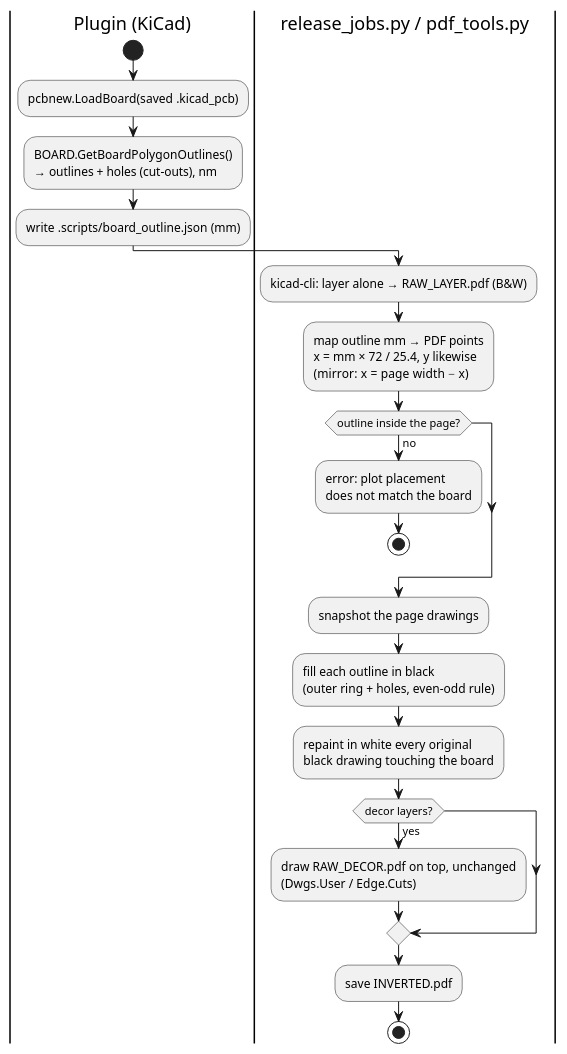
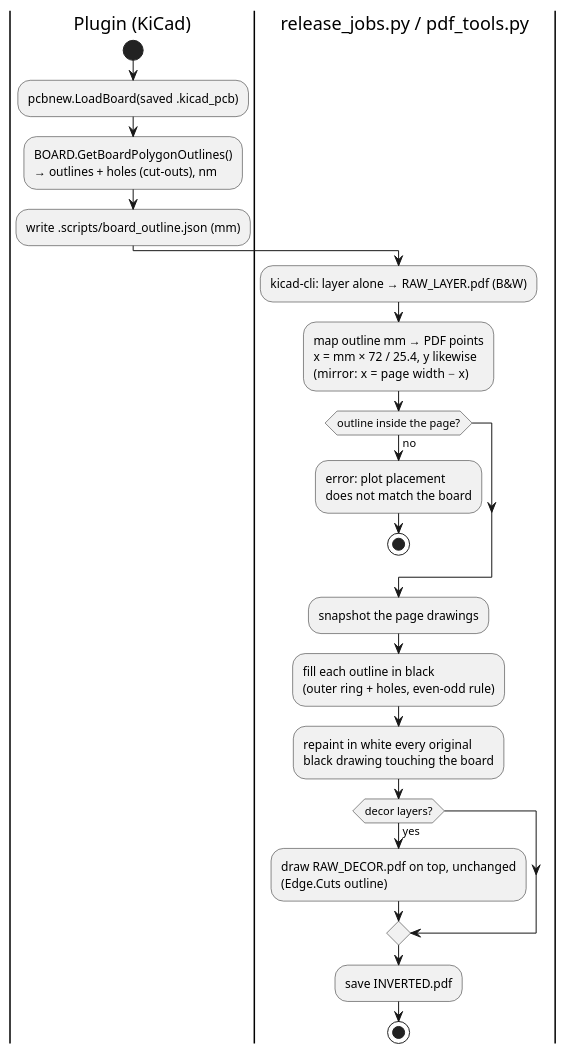
One commit to kevinwysocki/kicad_release_wizard changed the diagram in doc/diagrams/inversion.puml. Above: the diagram before and after it, drawn with PlantUML. The commit also changed 24 other files, not shown here.

```diff
--- a/doc/diagrams/inversion.puml
+++ b/doc/diagrams/inversion.puml
@@ -1,30 +1,30 @@
 @startuml inversion
 skinparam shadowing false
 |Plugin (KiCad)|
 start
 :pcbnew.LoadBoard(saved .kicad_pcb);
 :BOARD.GetBoardPolygonOutlines()
 → outlines + holes (cut-outs), nm;
 :write .scripts/board_outline.json (mm);
 |release_jobs.py / pdf_tools.py|
 :kicad-cli: layer alone → RAW_LAYER.pdf (B&W);
 :map outline mm → PDF points
 x = mm × 72 / 25.4, y likewise
 (mirror: x = page width − x);
 if (outline inside the page?) then (no)
   :error: plot placement
   does not match the board;
   stop
 endif
 :snapshot the page drawings;
 :fill each outline in black
 (outer ring + holes, even-odd rule);
 :repaint in white every original
 black drawing touching the board;
 if (decor layers?) then (yes)
   :draw RAW_DECOR.pdf on top, unchanged
-  (Dwgs.User / Edge.Cuts);
+  (Edge.Cuts outline);
 endif
 :save INVERTED.pdf;
 stop
 @enduml
```
